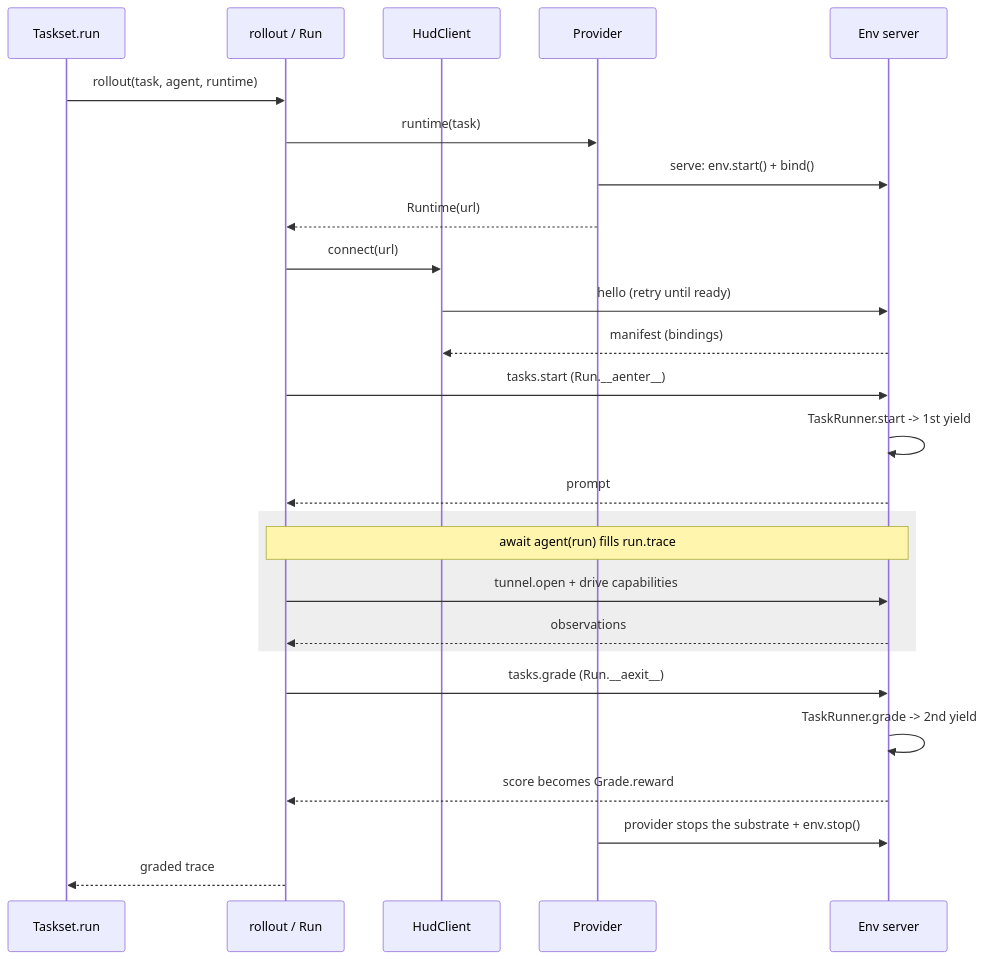
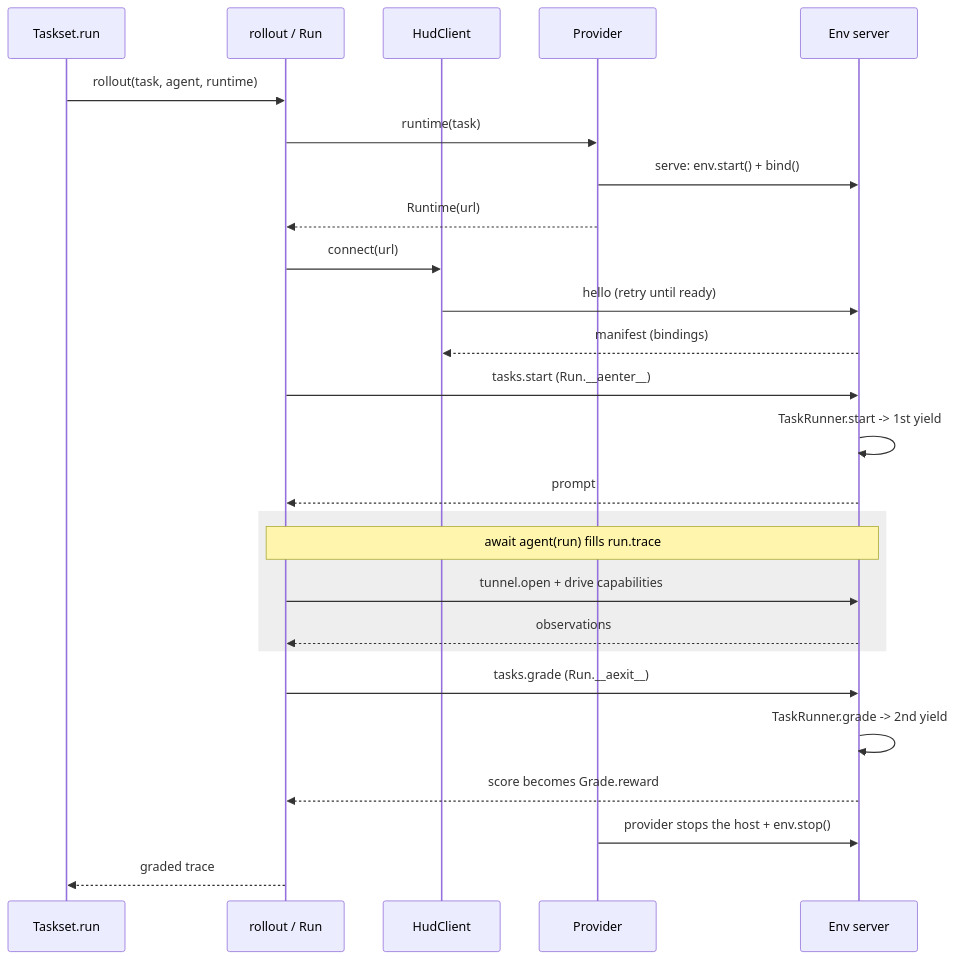
Before and after one commit to hud-evals/hud-python: the diagram in docs/v6/internals/walkthrough.mdx, drawn with Mermaid. The commit also changed other lines of this file and 27 other files, not shown here.

````diff
--- a/docs/v6/internals/walkthrough.mdx
+++ b/docs/v6/internals/walkthrough.mdx
@@ -703,28 +703,28 @@
 ```mermaid
 sequenceDiagram
     participant Sched as Taskset.run
     participant Roll as rollout / Run
     participant Cli as HudClient
     participant Prov as Provider
     participant Env as Env server
     Sched->>Roll: rollout(task, agent, runtime)
     Roll->>Prov: runtime(task)
     Prov->>Env: serve: env.start() + bind()
     Prov-->>Roll: Runtime(url)
     Roll->>Cli: connect(url)
     Cli->>Env: hello (retry until ready)
     Env-->>Cli: manifest (bindings)
     Roll->>Env: tasks.start (Run.__aenter__)
     Env->>Env: TaskRunner.start -> 1st yield
     Env-->>Roll: prompt
     rect rgb(238,238,238)
     Note over Roll,Env: await agent(run) fills run.trace
     Roll->>Env: tunnel.open + drive capabilities
     Env-->>Roll: observations
     end
     Roll->>Env: tasks.grade (Run.__aexit__)
     Env->>Env: TaskRunner.grade -> 2nd yield
     Env-->>Roll: score becomes Grade.reward
-    Prov->>Env: provider stops the substrate + env.stop()
+    Prov->>Env: provider stops the host + env.stop()
     Roll-->>Sched: graded trace
 ```
````
